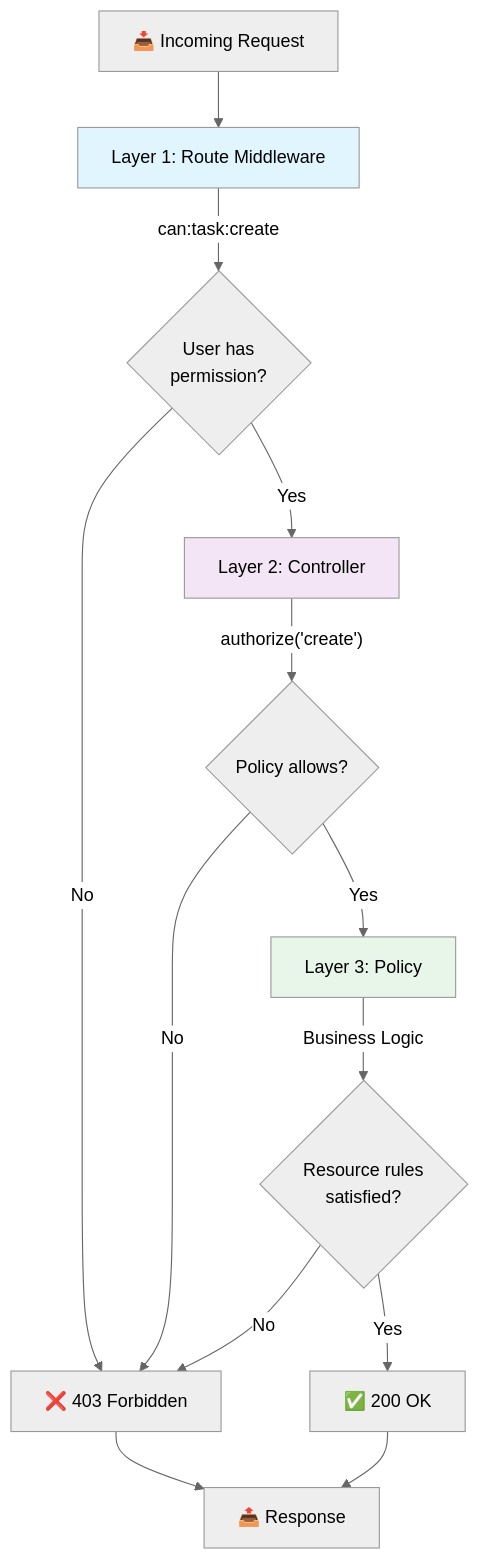
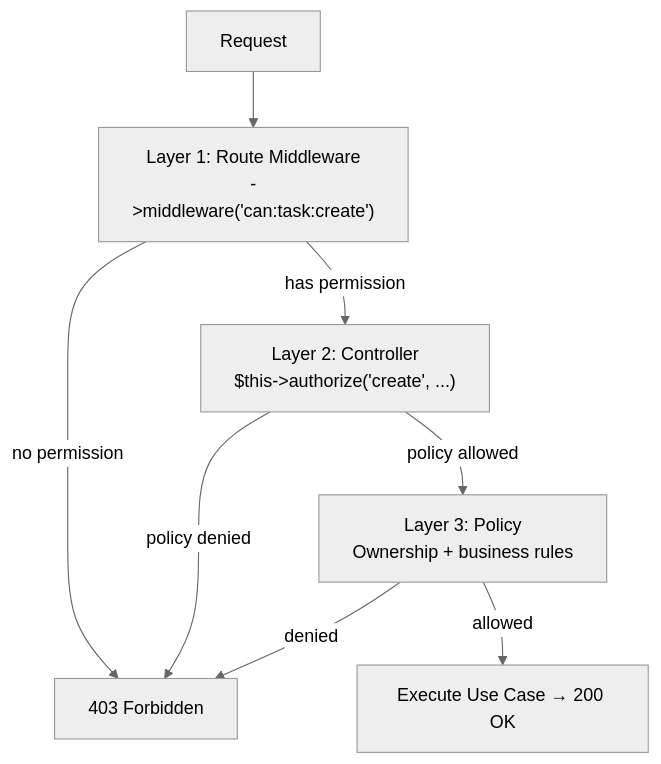
Before and after one commit to mypham773734/sass-dashboard-tenant-project: the third of 4 diagrams in docs/product/PERMISSION_RBAC/02-ARCHITECTURE.md, drawn with Mermaid (neutral theme). The commit also changed other lines of this file and 38 other files, not shown here.

````diff
--- a/docs/product/PERMISSION_RBAC/02-ARCHITECTURE.md
+++ b/docs/product/PERMISSION_RBAC/02-ARCHITECTURE.md
@@ -82,19 +75,10 @@
 ```mermaid
 flowchart TD
-    A["📥 Incoming Request"] --> B["Layer 1: Route Middleware"]
-    B -->|"can:task:create"| C{"User has\npermission?"}
-    C -->|No| D["❌ 403 Forbidden"]
-    C -->|Yes| E["Layer 2: Controller"]
-    E -->|"authorize('create')"| F{"Policy allows?"}
-    F -->|No| D
-    F -->|Yes| G["Layer 3: Policy"]
-    G -->|Business Logic| H{"Resource rules\nsatisfied?"}
-    H -->|No| D
-    H -->|Yes| I["✅ 200 OK"]
-    D --> J["📤 Response"]
-    I --> J
-    
-    style B fill:#e1f5ff
-    style E fill:#f3e5f5
-    style G fill:#e8f5e9
+    Request --> L1["Layer 1: Route Middleware\n->middleware('can:task:create')"]
+    L1 -->|no permission| D["403 Forbidden"]
+    L1 -->|has permission| L2["Layer 2: Controller\n$this->authorize('create', ...)"]
+    L2 -->|policy denied| D
+    L2 -->|policy allowed| L3["Layer 3: Policy\nOwnership + business rules"]
+    L3 -->|denied| D
+    L3 -->|allowed| OK["Execute Use Case → 200 OK"]
 ```
````
